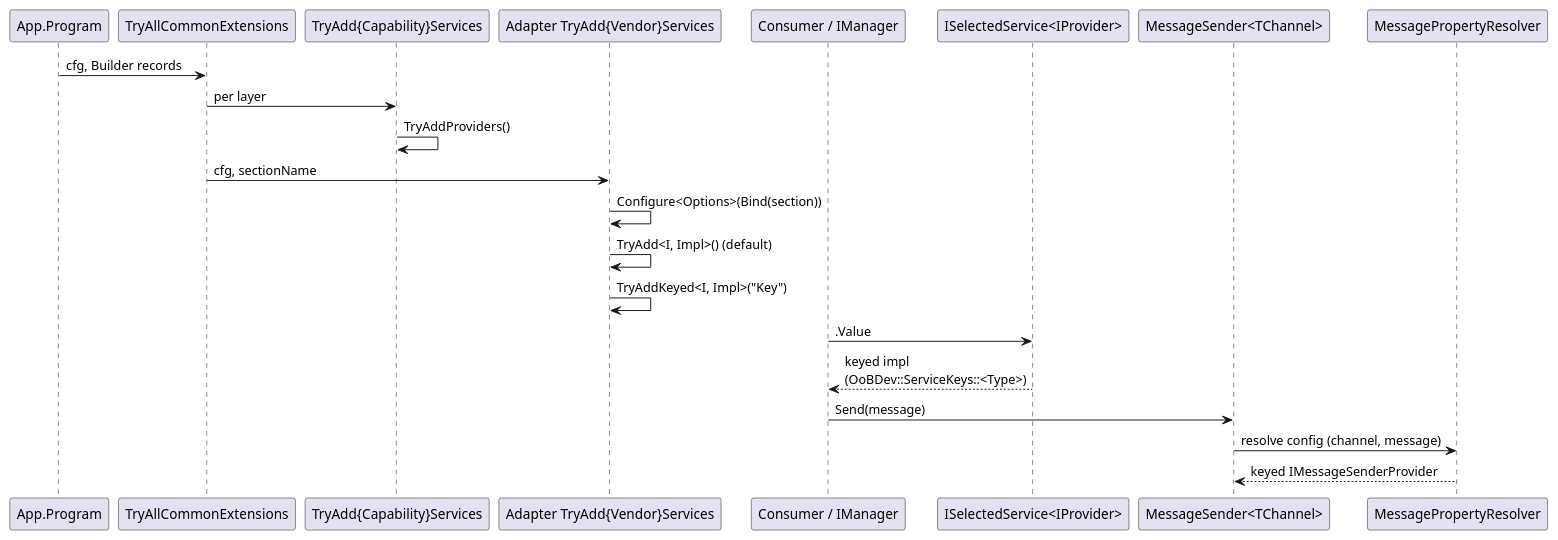
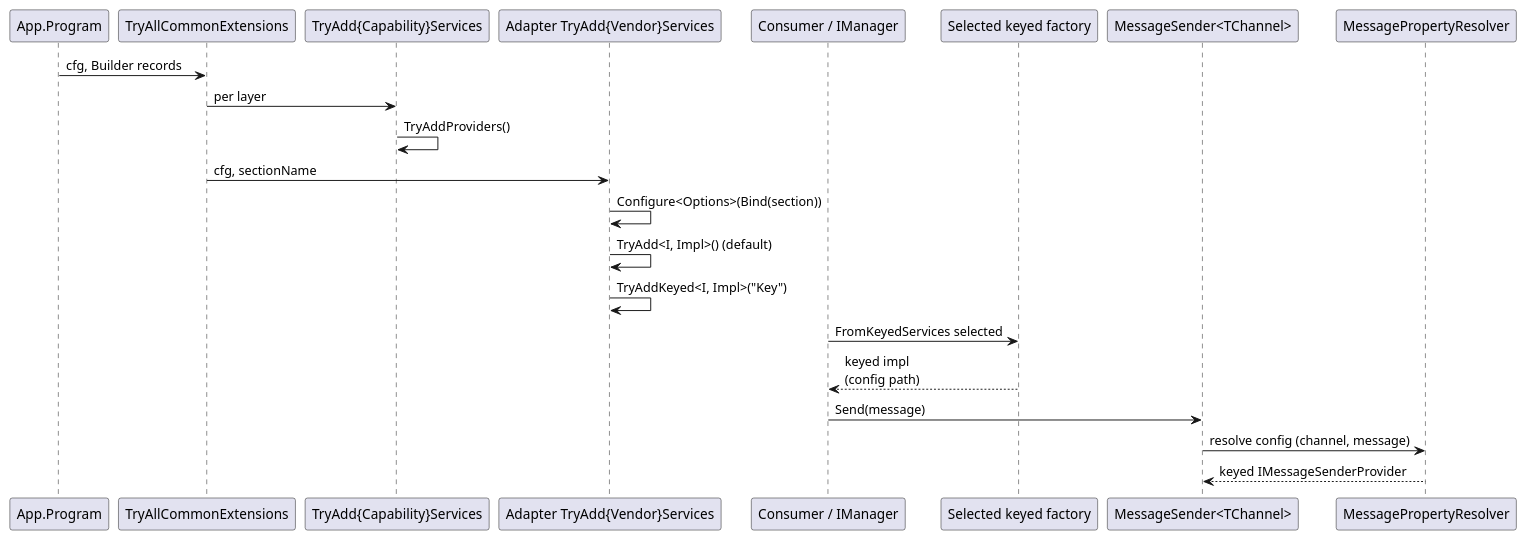
The diagram in docs/patterns-discovery/02-design-patterns/00-pattern-interaction.md (OutOfBandDevelopment/dotex), drawn with PlantUML before and after one commit. The commit also changed 35 other files, not shown here.

Commit message:
Replace ISelectedService with a configuration-selected keyed factory

````diff
--- a/docs/patterns-discovery/02-design-patterns/00-pattern-interaction.md
+++ b/docs/patterns-discovery/02-design-patterns/00-pattern-interaction.md
@@ -7,27 +7,27 @@
 ```plantuml
 @startuml
 skinparam shadowing false
 participant "App.Program" as App
 participant "TryAllCommonExtensions" as All
 participant "TryAdd{Capability}Services" as Cap
 participant "Adapter TryAdd{Vendor}Services" as Ad
 participant "Consumer / IManager" as Mgr
-participant "ISelectedService<IProvider>" as Sel
+participant "Selected keyed factory" as Sel
 participant "MessageSender<TChannel>" as Snd
 participant "MessagePropertyResolver" as Res
 
 App -> All : cfg, Builder records
 All -> Cap : per layer
 Cap -> Cap : TryAddProviders()
 All -> Ad : cfg, sectionName
 Ad -> Ad : Configure<Options>(Bind(section))
 Ad -> Ad : TryAdd<I, Impl>() (default)
 Ad -> Ad : TryAddKeyed<I, Impl>("Key")
 
-Mgr -> Sel : .Value
-Sel --> Mgr : keyed impl\n(OoBDev::ServiceKeys::<Type>)
+Mgr -> Sel : FromKeyedServices selected
+Sel --> Mgr : keyed impl\n(config path)
 Mgr -> Snd : Send(message)
 Snd -> Res : resolve config (channel, message)
 Res --> Snd : keyed IMessageSenderProvider
 @enduml
 ```
````
